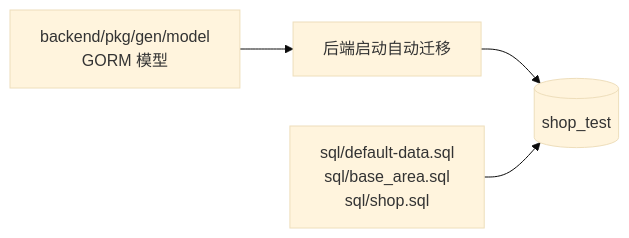
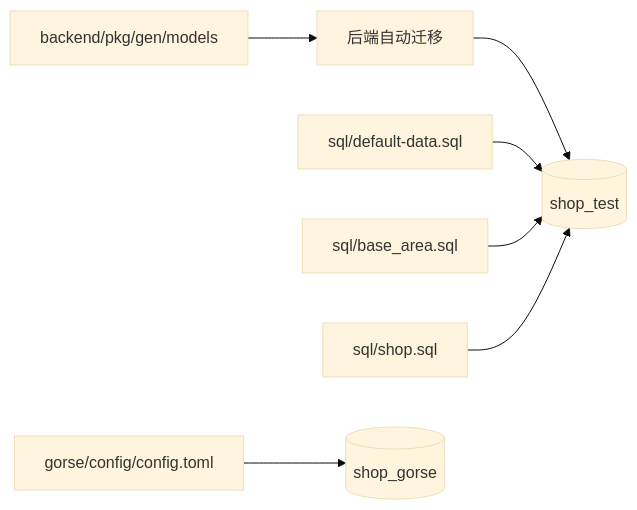
One commit to liujitcn/shop changed the diagram in docs/数据库与初始化数据设计.md. Above: the diagram before and after it, drawn with Mermaid (base theme). The commit also changed other lines of this file and 1765 other files, not shown here.

````diff
--- a/docs/数据库与初始化数据设计.md
+++ b/docs/数据库与初始化数据设计.md
@@ -16,6 +14,8 @@
 ```mermaid
 flowchart LR
-  Models["backend/pkg/gen/model\nGORM 模型"] --> Migrate["后端启动自动迁移"]
-  Migrate --> DB[("shop_test")]
-  SQL["sql/default-data.sql\nsql/base_area.sql\nsql/shop.sql"] --> DB
+  Models["backend/pkg/gen/models"] --> Migrate["后端自动迁移"] --> Main[("shop_test")]
+  Default["sql/default-data.sql"] --> Main
+  Area["sql/base_area.sql"] --> Main
+  Demo["sql/shop.sql"] --> Main
+  Gorse["gorse/config/config.toml"] --> Rec[("shop_gorse")]
 ```
````
